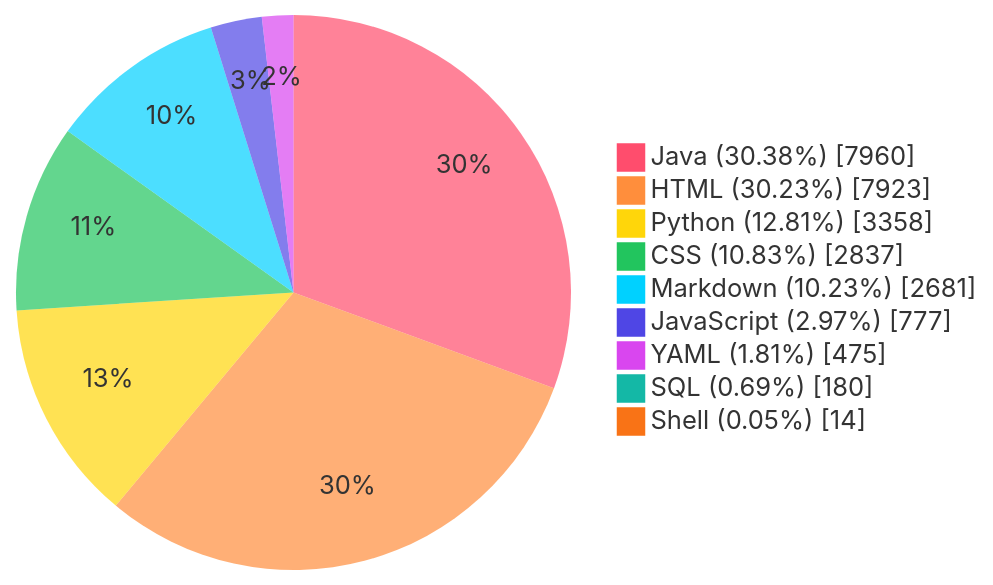
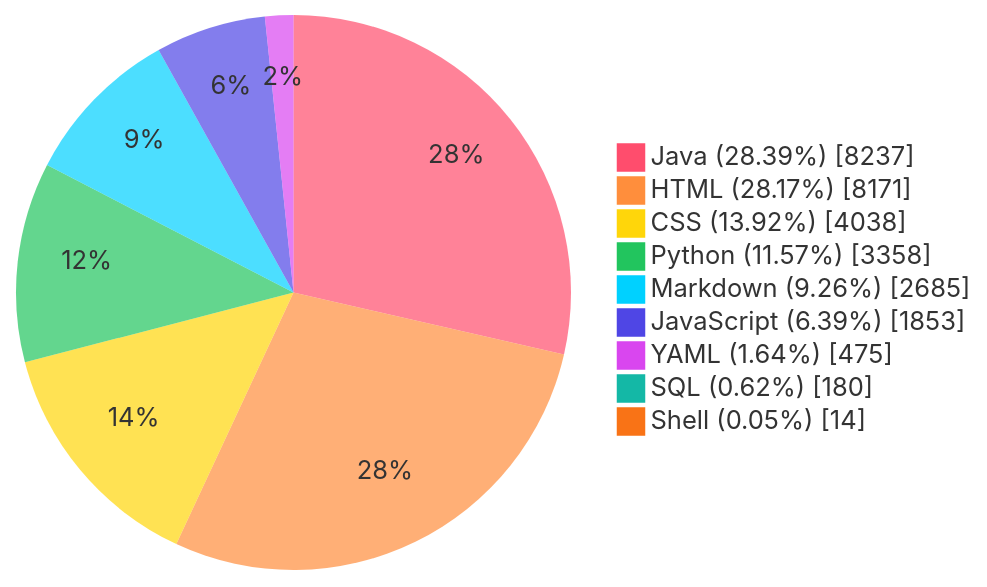
One commit to wanghuankun/BUCT-Teaching-Aids changed the diagram in README.md. Above: the diagram before and after it, drawn with Mermaid. The commit also changed other lines of this file and 2 other files, not shown here.

Commit message:
chore(stats): auto update README metrics

````diff
--- a/README.md
+++ b/README.md
@@ -40,28 +40,28 @@
 ```mermaid
 %%{init: {'theme':'base','themeVariables': {
   'fontFamily': 'Fira Code, JetBrains Mono, Source Code Pro, Cascadia Code, Menlo, Consolas, monospace',
   'pieStrokeColor': 'transparent',
   'pieStrokeWidth': '0px',
   'pieOuterStrokeWidth': '0px',
   'pie1': '#FF4D6D',
   'pie2': '#FF8E3C',
   'pie3': '#FFD60A',
   'pie4': '#22C55E',
   'pie5': '#00D1FF',
   'pie6': '#4F46E5',
   'pie7': '#D946EF',
   'pie8': '#14B8A6',
   'pie9': '#F97316',
   'pie10': '#A855F7'
 }}}%%
 pie showData
-    "Java (30.38%)" : 7960
-    "HTML (30.23%)" : 7923
-    "Python (12.81%)" : 3358
-    "CSS (10.83%)" : 2837
-    "Markdown (10.23%)" : 2681
-    "JavaScript (2.97%)" : 777
-    "YAML (1.81%)" : 475
-    "SQL (0.69%)" : 180
+    "Java (28.39%)" : 8237
+    "HTML (28.17%)" : 8171
+    "CSS (13.92%)" : 4038
+    "Python (11.57%)" : 3358
+    "Markdown (9.26%)" : 2685
+    "JavaScript (6.39%)" : 1853
+    "YAML (1.64%)" : 475
+    "SQL (0.62%)" : 180
     "Shell (0.05%)" : 14
 ```
````
